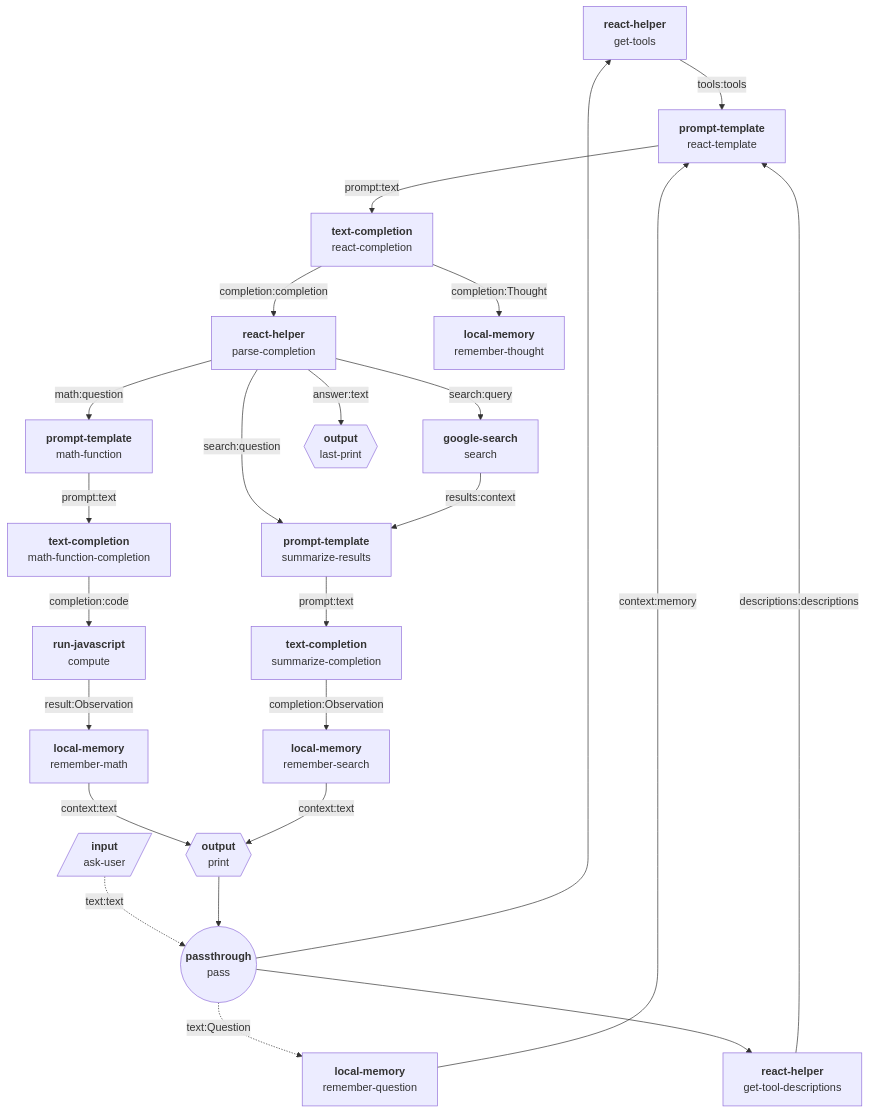
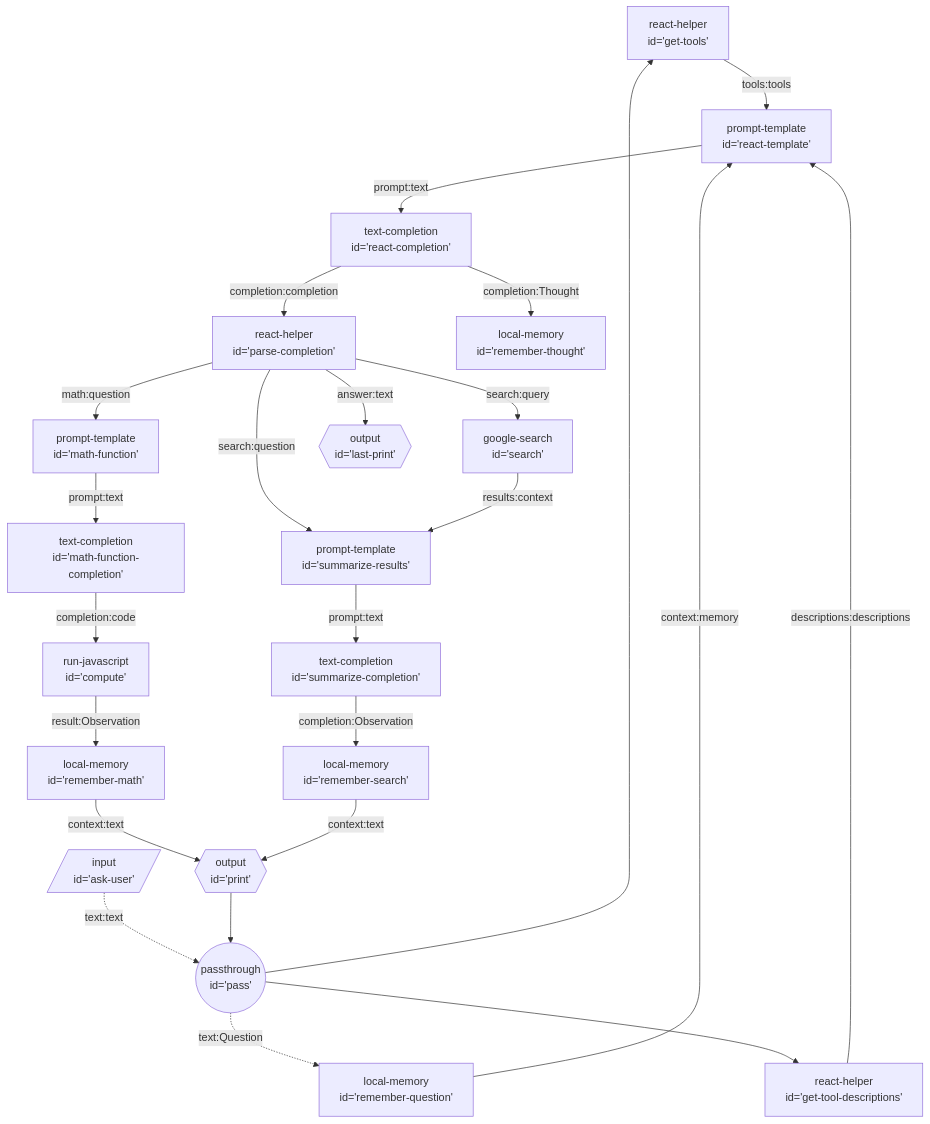
The diagram in seeds/graph-playground/docs/graphs/react.md (breadboard-ai/breadboard), drawn with Mermaid before and after one commit. The commit also changed 11 other files, not shown here.

First line of the commit message:
[graph-playground] A bit more style tweaking.

````diff
--- a/seeds/graph-playground/docs/graphs/react.md
+++ b/seeds/graph-playground/docs/graphs/react.md
@@ -4,72 +4,72 @@
 ```mermaid
 graph TD;
-get-tools["`**react-helper**
-get-tools`"] -- tools:tools --> react-template["`**prompt-template**
-react-template`"]
-get-tool-descriptions["`**react-helper**
-get-tool-descriptions`"] -- descriptions:descriptions --> react-template["`**prompt-template**
-react-template`"]
-ask-user[/"`**input**
-ask-user`"/]:::input -. text:text .-> pass(("`**passthrough**
-pass`")):::passthrough
-pass(("`**passthrough**
-pass`")):::passthrough --> get-tools["`**react-helper**
-get-tools`"]
-pass(("`**passthrough**
-pass`")):::passthrough -. text:Question .-> remember-question["`**local-memory**
-remember-question`"]
-remember-question["`**local-memory**
-remember-question`"] -- context:memory --> react-template["`**prompt-template**
-react-template`"]
-pass(("`**passthrough**
-pass`")):::passthrough --> get-tool-descriptions["`**react-helper**
-get-tool-descriptions`"]
-react-template["`**prompt-template**
-react-template`"] -- prompt:text --> react-completion["`**text-completion**
-react-completion`"]
-react-completion["`**text-completion**
-react-completion`"] -- completion:completion --> parse-completion["`**react-helper**
-parse-completion`"]
-react-completion["`**text-completion**
-react-completion`"] -- completion:Thought --> remember-thought["`**local-memory**
-remember-thought`"]
-parse-completion["`**react-helper**
-parse-completion`"] -- search:query --> search["`**google-search**
-search`"]
-parse-completion["`**react-helper**
-parse-completion`"] -- math:question --> math-function["`**prompt-template**
-math-function`"]
-parse-completion["`**react-helper**
-parse-completion`"] -- search:question --> summarize-results["`**prompt-template**
-summarize-results`"]
-search["`**google-search**
-search`"] -- results:context --> summarize-results["`**prompt-template**
-summarize-results`"]
-summarize-results["`**prompt-template**
-summarize-results`"] -- prompt:text --> summarize-completion["`**text-completion**
-summarize-completion`"]
-math-function["`**prompt-template**
-math-function`"] -- prompt:text --> math-function-completion["`**text-completion**
-math-function-completion`"]
-math-function-completion["`**text-completion**
-math-function-completion`"] -- completion:code --> compute["`**run-javascript**
-compute`"]
-compute["`**run-javascript**
-compute`"] -- result:Observation --> remember-math["`**local-memory**
-remember-math`"]
-remember-math["`**local-memory**
-remember-math`"] -- context:text --> print{{"`**output**
-print`"}}:::output
-summarize-completion["`**text-completion**
-summarize-completion`"] -- completion:Observation --> remember-search["`**local-memory**
-remember-search`"]
-remember-search["`**local-memory**
-remember-search`"] -- context:text --> print{{"`**output**
-print`"}}:::output
-print{{"`**output**
-print`"}}:::output --> pass(("`**passthrough**
-pass`")):::passthrough
-parse-completion["`**react-helper**
-parse-completion`"] -- answer:text --> last-print{{"`**output**
-last-print`"}}:::output
+get-tools["react-helper
+id='get-tools'"] -- tools:tools --> react-template["prompt-template
+id='react-template'"]
+get-tool-descriptions["react-helper
+id='get-tool-descriptions'"] -- descriptions:descriptions --> react-template["prompt-template
+id='react-template'"]
+ask-user[/"input
+id='ask-user'"/]:::input -. text:text .-> pass(("passthrough
+id='pass'")):::passthrough
+pass(("passthrough
+id='pass'")):::passthrough --> get-tools["react-helper
+id='get-tools'"]
+pass(("passthrough
+id='pass'")):::passthrough -. text:Question .-> remember-question["local-memory
+id='remember-question'"]
+remember-question["local-memory
+id='remember-question'"] -- context:memory --> react-template["prompt-template
+id='react-template'"]
+pass(("passthrough
+id='pass'")):::passthrough --> get-tool-descriptions["react-helper
+id='get-tool-descriptions'"]
+react-template["prompt-template
+id='react-template'"] -- prompt:text --> react-completion["text-completion
+id='react-completion'"]
+react-completion["text-completion
+id='react-completion'"] -- completion:completion --> parse-completion["react-helper
+id='parse-completion'"]
+react-completion["text-completion
+id='react-completion'"] -- completion:Thought --> remember-thought["local-memory
+id='remember-thought'"]
+parse-completion["react-helper
+id='parse-completion'"] -- search:query --> search["google-search
+id='search'"]
+parse-completion["react-helper
+id='parse-completion'"] -- math:question --> math-function["prompt-template
+id='math-function'"]
+parse-completion["react-helper
+id='parse-completion'"] -- search:question --> summarize-results["prompt-template
+id='summarize-results'"]
+search["google-search
+id='search'"] -- results:context --> summarize-results["prompt-template
+id='summarize-results'"]
+summarize-results["prompt-template
+id='summarize-results'"] -- prompt:text --> summarize-completion["text-completion
+id='summarize-completion'"]
+math-function["prompt-template
+id='math-function'"] -- prompt:text --> math-function-completion["text-completion
+id='math-function-completion'"]
+math-function-completion["text-completion
+id='math-function-completion'"] -- completion:code --> compute["run-javascript
+id='compute'"]
+compute["run-javascript
+id='compute'"] -- result:Observation --> remember-math["local-memory
+id='remember-math'"]
+remember-math["local-memory
+id='remember-math'"] -- context:text --> print{{"output
+id='print'"}}:::output
+summarize-completion["text-completion
+id='summarize-completion'"] -- completion:Observation --> remember-search["local-memory
+id='remember-search'"]
+remember-search["local-memory
+id='remember-search'"] -- context:text --> print{{"output
+id='print'"}}:::output
+print{{"output
+id='print'"}}:::output --> pass(("passthrough
+id='pass'")):::passthrough
+parse-completion["react-helper
+id='parse-completion'"] -- answer:text --> last-print{{"output
+id='last-print'"}}:::output
 ```
````
